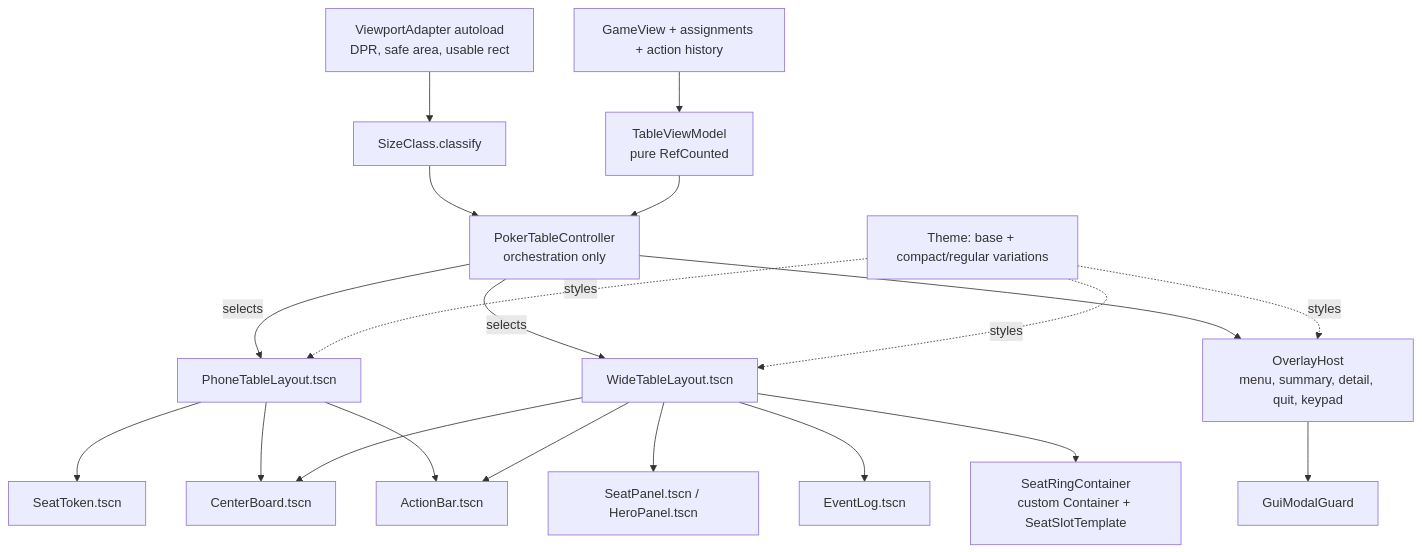
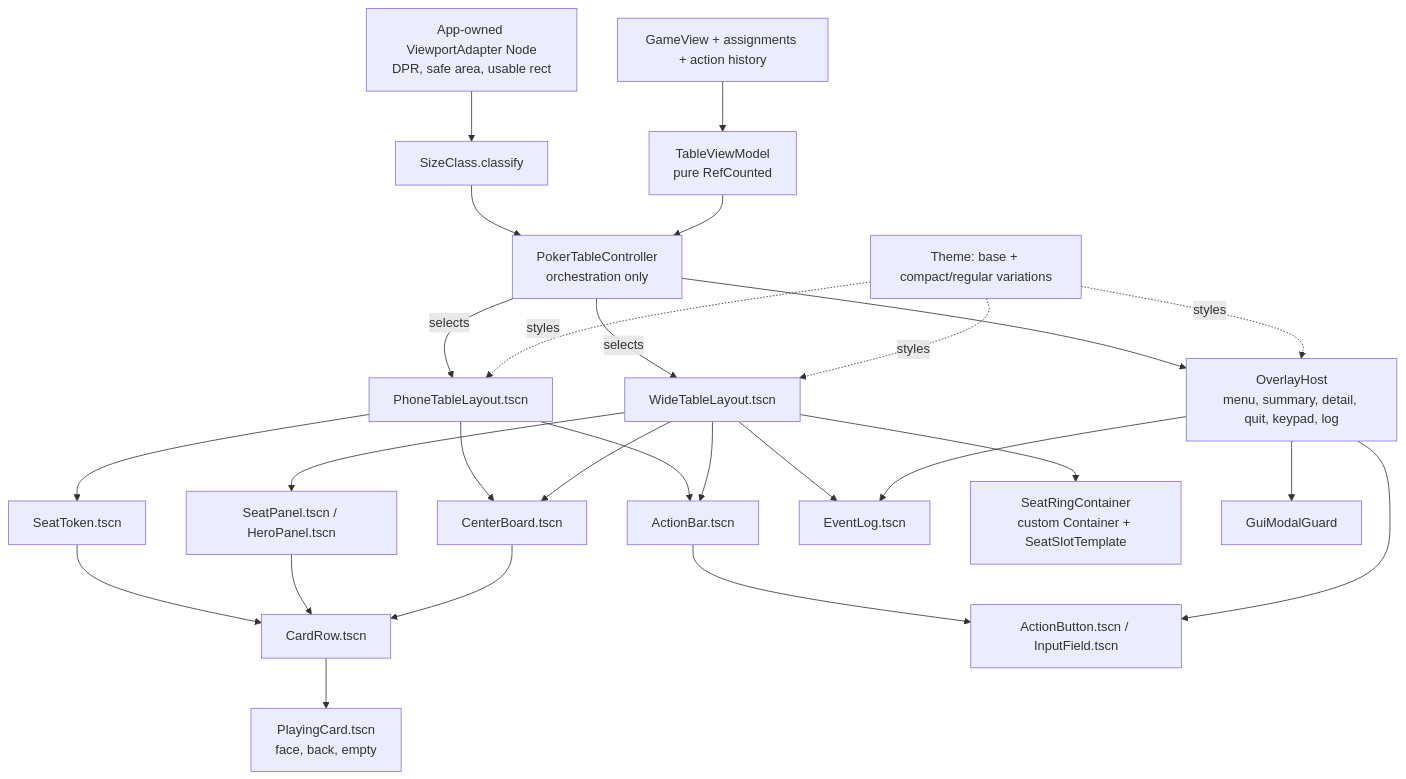
One commit to rofferdal/pokahdot changed the diagram in docs/RestructureGuiTasks.md. Above: the diagram before and after it, drawn with Mermaid. The commit also changed other lines of this file and 150 other files, not shown here.

````diff
--- a/docs/RestructureGuiTasks.md
+++ b/docs/RestructureGuiTasks.md
@@ -252,18 +462,22 @@
 ```mermaid
 flowchart TD
-    VA[ViewportAdapter autoload<br/>DPR, safe area, usable rect] --> SC[SizeClass.classify]
+    VA[App-owned ViewportAdapter Node<br/>DPR, safe area, usable rect] --> SC[SizeClass.classify]
     SC --> TC[PokerTableController<br/>orchestration only]
     GV[GameView + assignments + action history] --> VM[TableViewModel<br/>pure RefCounted]
     VM --> TC
     TC -->|selects| PL[PhoneTableLayout.tscn]
     TC -->|selects| WL[WideTableLayout.tscn]
     PL --> C1[SeatToken.tscn]
     WL --> C2[SeatPanel.tscn / HeroPanel.tscn]
     PL & WL --> C3[CenterBoard.tscn]
     PL & WL --> C4[ActionBar.tscn]
     WL --> C5[EventLog.tscn]
     WL --> SR[SeatRingContainer<br/>custom Container + SeatSlotTemplate]
-    TC --> OH[OverlayHost<br/>menu, summary, detail, quit, keypad]
+    TC --> OH[OverlayHost<br/>menu, summary, detail, quit, keypad, log]
+    OH --> C5
+    C1 & C2 & C3 --> CR[CardRow.tscn]
+    CR --> PC[PlayingCard.tscn<br/>face, back, empty]
+    C4 & OH --> AC[ActionButton.tscn / InputField.tscn]
     OH --> MG[GuiModalGuard]
     TH[Theme: base + compact/regular variations] -.styles.-> PL & WL & OH
 ```
````
